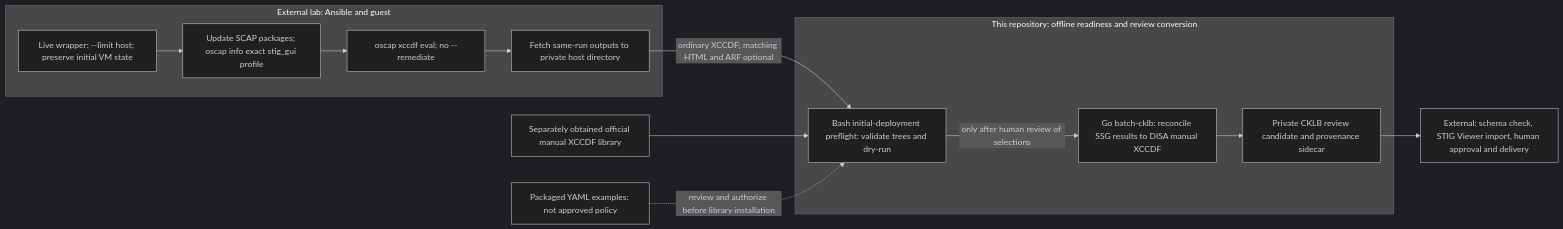
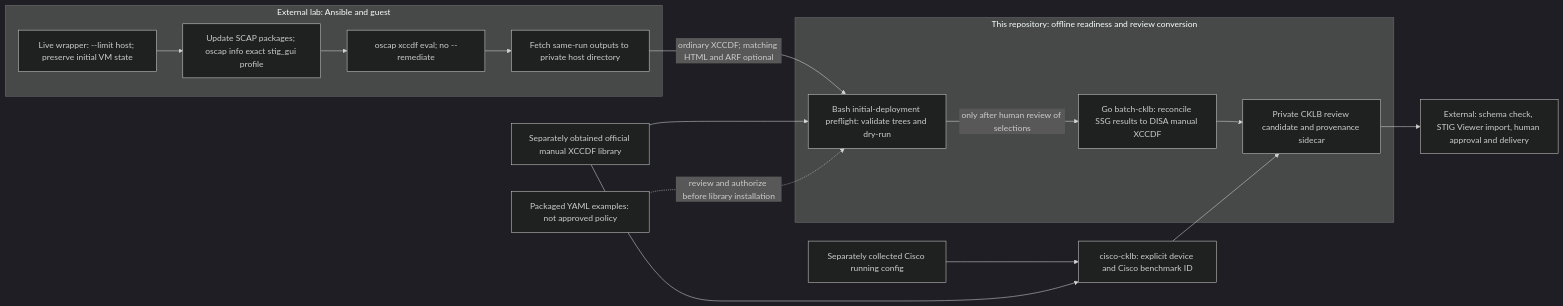
The diagram in README.md (zcook44/burden-of-proof), drawn with Mermaid (dark theme) before and after one commit. The commit also changed other lines of this file and 11 other files, not shown here.

Commit message:
feat: convert Cisco running configs to conservative CKLB candidates

````diff
--- a/README.md
+++ b/README.md
@@ -23,20 +24,22 @@
 ```mermaid
 flowchart LR
     subgraph LAB["External lab: Ansible and guest"]
         wrapper["Live wrapper: --limit host; preserve initial VM state"]
         info["Update SCAP packages; oscap info exact stig_gui profile"]
         scan["oscap xccdf eval; no --remediate"]
         fetch["Fetch same-run outputs to private host directory"]
         wrapper --> info --> scan --> fetch
     end
     subgraph REVIEW["This repository: offline readiness and review conversion"]
         pre["Bash initial-deployment preflight: validate trees and dry-run"]
         convert["Go batch-cklb: reconcile SSG results to DISA manual XCCDF"]
         pair["Private CKLB review candidate and provenance sidecar"]
         pre -->|only after human review of selections| convert --> pair
     end
     fetch -->|ordinary XCCDF; matching HTML and ARF optional| pre
+    config["Separately collected Cisco running config"] --> cisco["cisco-cklb: explicit device and Cisco benchmark ID"] --> pair
     library["Separately obtained official manual XCCDF library"] --> pre
+    library --> cisco
     example["Packaged YAML examples: not approved policy"] -.->|review and authorize before library installation| pre
     pair --> external["External: schema check, STIG Viewer import, human approval and delivery"]
 ```
````
